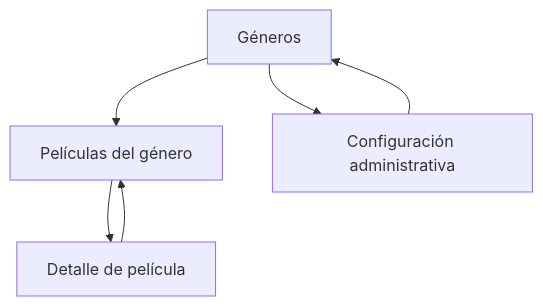
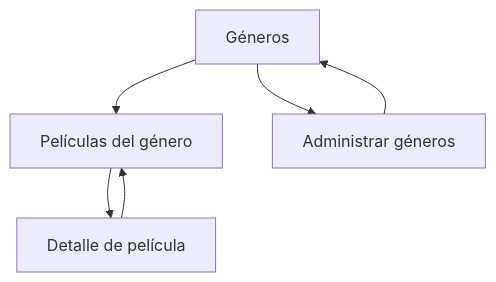
Before and after one commit to Javier-Jamaica/CineExplorer: the diagram in README.md, drawn with Mermaid. The commit also changed other lines of this file and 38 other files, not shown here.

````diff
--- a/README.md
+++ b/README.md
@@ -160,8 +149,8 @@
 ```mermaid
 flowchart TD
     A[Géneros] --> B[Películas del género]
     B --> C[Detalle de película]
     C --> B
-    A --> D[Configuración administrativa]
+    A --> D[Administrar géneros]
     D --> A
 ```
````
